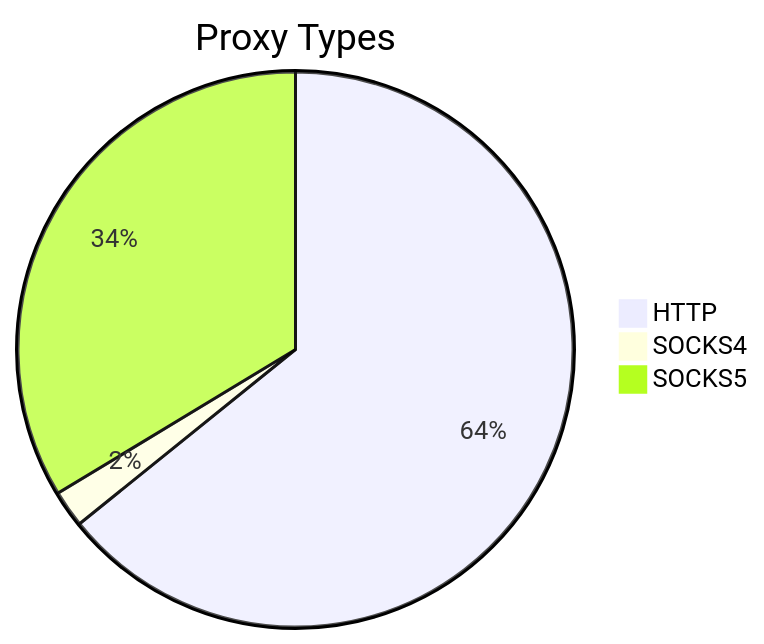
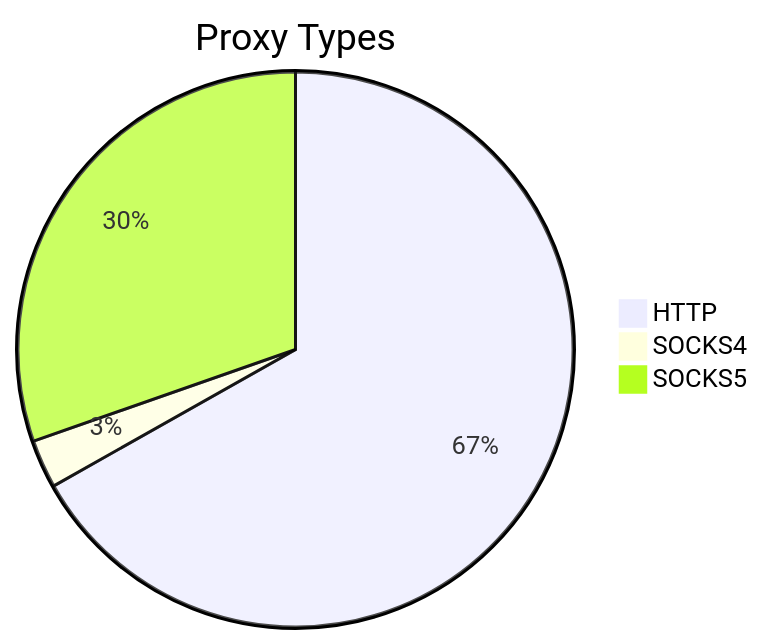
One commit to stormsia/proxy-list changed the first of 2 diagrams in README.md. Above: the diagram before and after it, drawn with Mermaid. The commit also changed other lines of this file, not shown here.

````diff
--- a/README.md
+++ b/README.md
@@ -21,6 +21,6 @@
 ```mermaid
 pie title Proxy Types
-    "HTTP" : 597
-    "SOCKS4" : 20
-    "SOCKS5" : 313
+    "HTTP" : 568
+    "SOCKS4" : 24
+    "SOCKS5" : 258
 ```
````
